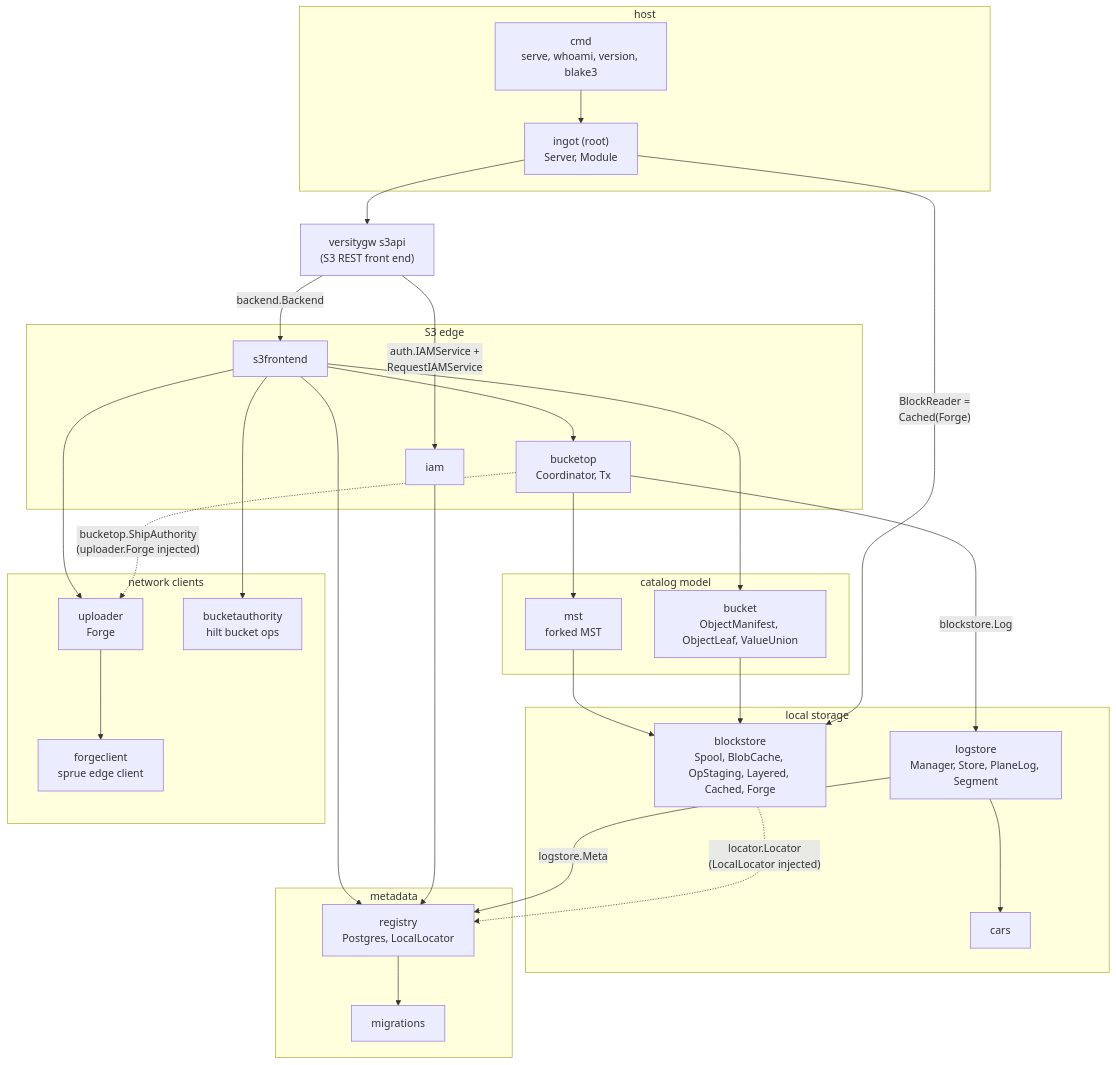
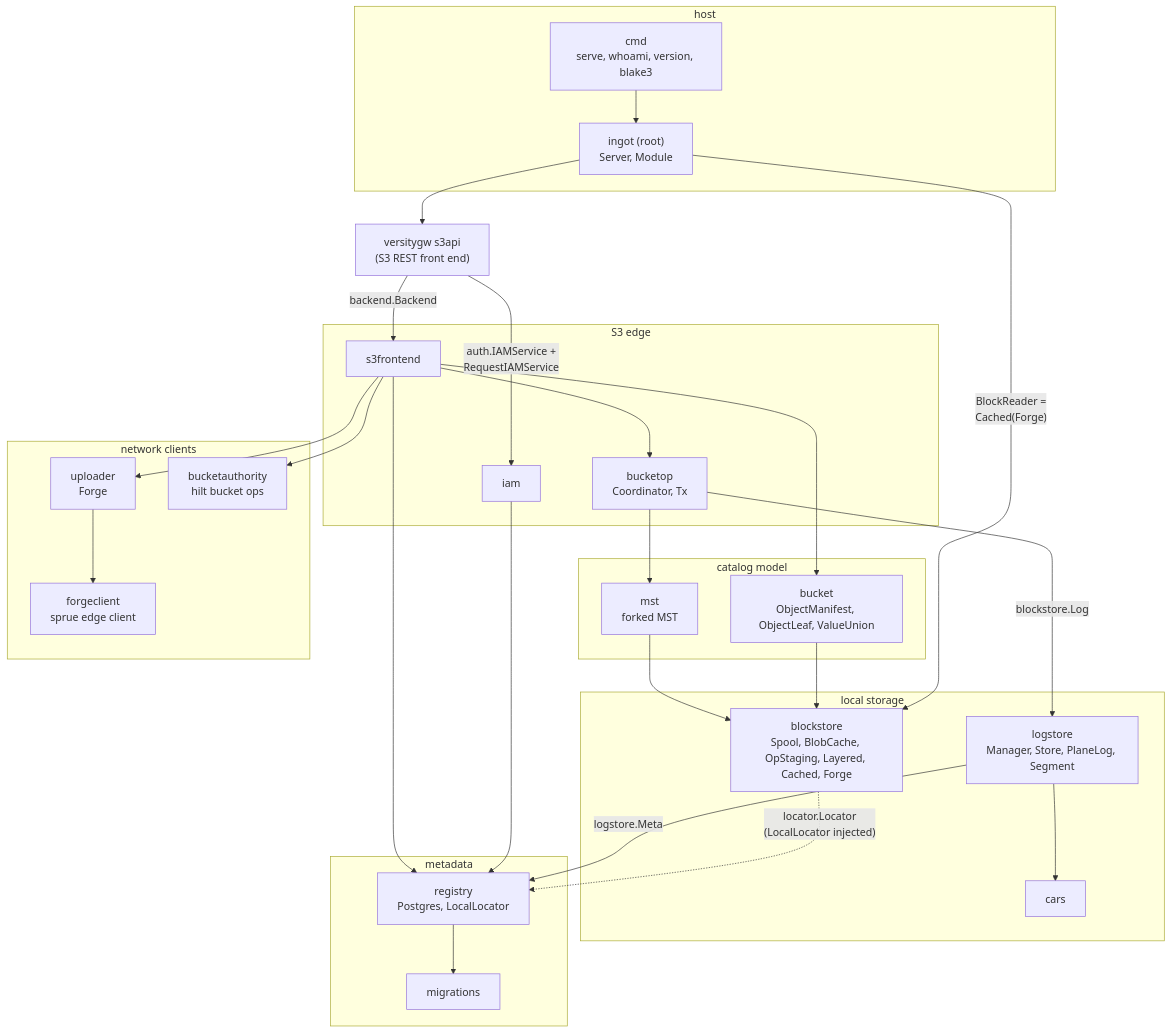
The second of 14 diagrams in docs/diagrams.md (fil-forge/ingot), drawn with Mermaid before and after one commit. The commit also changed other lines of this file and 98 other files, not shown here.

````diff
--- a/docs/diagrams.md
+++ b/docs/diagrams.md
@@ -93,59 +92,58 @@
 ```mermaid
 flowchart TB
     vgw["versitygw s3api<br/>(S3 REST front end)"]
 
     subgraph edge["S3 edge"]
         s3f["s3frontend"]
         iam["iam"]
         bop["bucketop<br/>Coordinator, Tx"]
     end
 
     subgraph model["catalog model"]
         bkt["bucket<br/>ObjectManifest, ObjectLeaf, ValueUnion"]
         mst["mst<br/>forked MST"]
     end
 
     subgraph store["local storage"]
         bs["blockstore<br/>Spool, BlobCache, OpStaging, Layered, Cached, Forge"]
         ls["logstore<br/>Manager, Store, PlaneLog, Segment"]
         cars["cars"]
     end
 
     subgraph meta["metadata"]
         reg["registry<br/>Postgres, LocalLocator"]
         mig["migrations"]
     end
 
     subgraph net["network clients"]
         up["uploader<br/>Forge"]
         fc["forgeclient<br/>sprue edge client"]
         ba["bucketauthority<br/>hilt bucket ops"]
     end
 
     subgraph host["host"]
         root["ingot (root)<br/>Server, Module"]
         cmd["cmd<br/>serve, whoami, version, blake3"]
     end
 
     vgw -->|"backend.Backend"| s3f
     vgw -->|"auth.IAMService +<br/>RequestIAMService"| iam
     s3f --> bop
     s3f --> bkt
     s3f --> reg
     s3f --> up
     s3f --> ba
     bop -->|"blockstore.Log"| ls
-    bop -.->|"bucketop.ShipAuthority<br/>(uploader.Forge injected)"| up
     bop --> mst
     mst --> bs
     bkt --> bs
     ls --> cars
     ls -->|"logstore.Meta"| reg
     bs -.->|"locator.Locator<br/>(LocalLocator injected)"| reg
     up --> fc
     iam --> reg
     reg --> mig
     cmd --> root
     root --> vgw
     root -->|"BlockReader =<br/>Cached(Forge)"| bs
 ```
````
